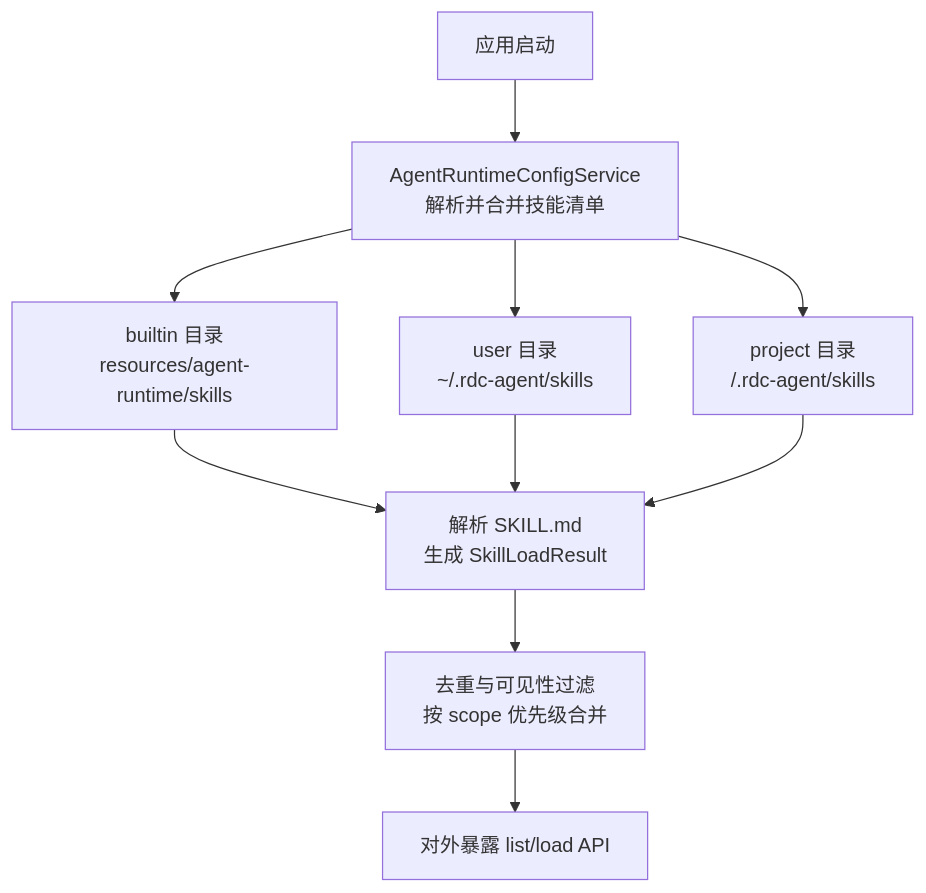
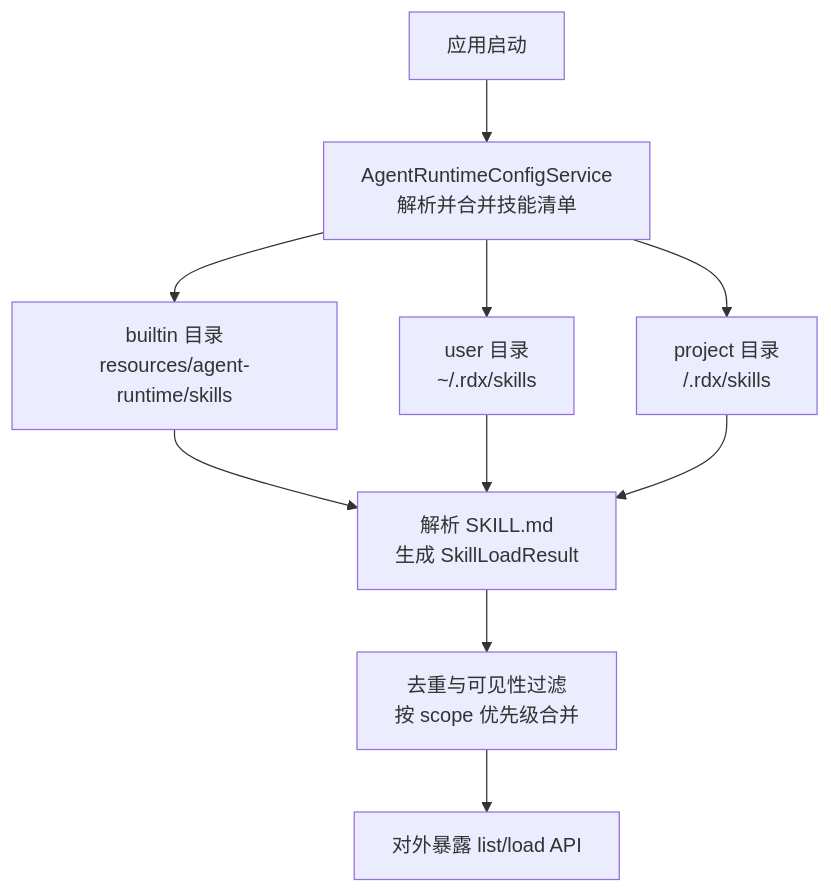
The first of 6 diagrams in .qoder/repowiki/zh/content/扩展开发/自定义 Skill 开发.md (haolange/RDC-Agent), drawn with Mermaid before and after one commit. The commit also changed other lines of this file and 150 other files, not shown here.

````diff
--- a/.qoder/repowiki/zh/content/扩展开发/自定义 Skill 开发.md
+++ b/.qoder/repowiki/zh/content/扩展开发/自定义 Skill 开发.md
@@ -39,12 +39,12 @@
 ```mermaid
 graph TB
 A["应用启动"] --> B["AgentRuntimeConfigService<br/>解析并合并技能清单"]
 B --> C["builtin 目录<br/>resources/agent-runtime/skills"]
-B --> D["user 目录<br/>~/.rdc-agent/skills"]
-B --> E["project 目录<br/><project-root>/.rdc-agent/skills"]
+B --> D["user 目录<br/>~/.rdx/skills"]
+B --> E["project 目录<br/><project-root>/.rdx/skills"]
 C --> F["解析 SKILL.md<br/>生成 SkillLoadResult"]
 D --> F
 E --> F
 F --> G["去重与可见性过滤<br/>按 scope 优先级合并"]
 G --> H["对外暴露 list/load API"]
 ```
````
